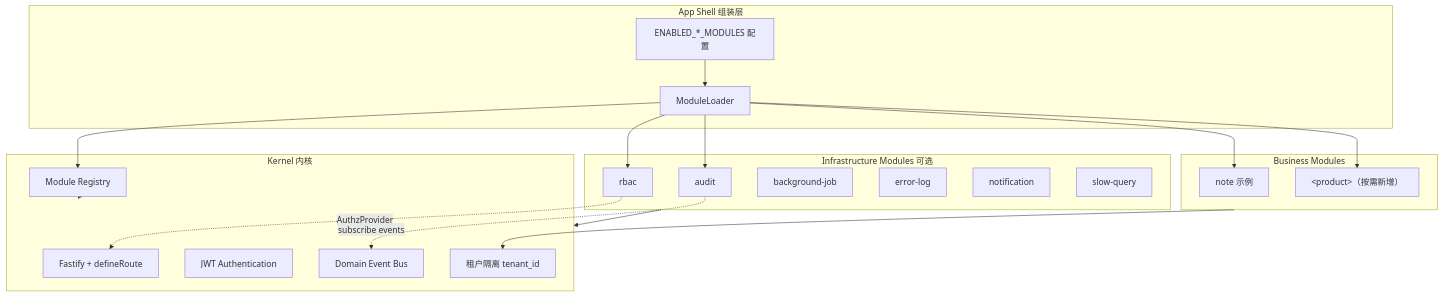
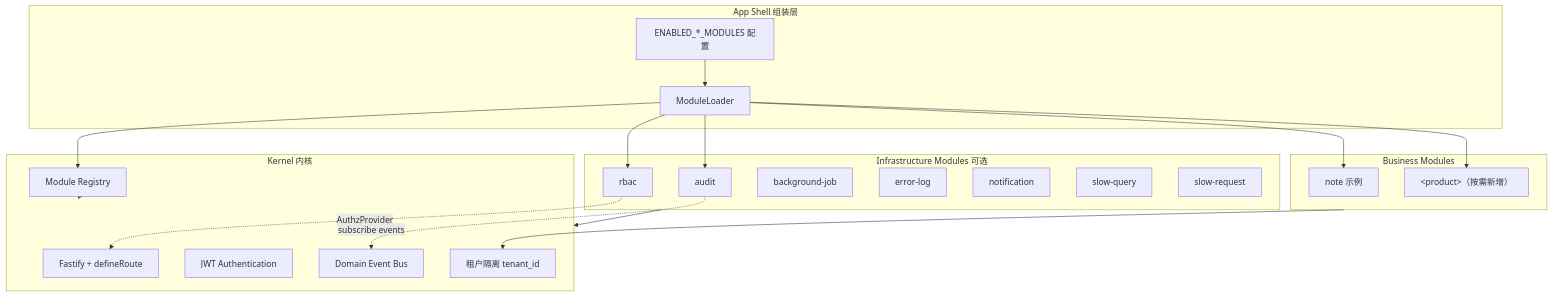
Before and after one commit to vvenv/rewindom: the first of 2 diagrams in docs/design/modular-architecture.md, drawn with Mermaid. The commit also changed other lines of this file and 52 other files, not shown here.

First line of the commit message:
feat(slow-request): add configuration and logging for slow request monitoring

````diff
--- a/docs/design/modular-architecture.md
+++ b/docs/design/modular-architecture.md
@@ -70,41 +70,42 @@
 ```mermaid
 flowchart TB
   subgraph app_shell [App Shell 组装层]
     EM[ENABLED_*_MODULES 配置]
     ML[ModuleLoader]
   end
 
   subgraph kernel [Kernel 内核]
     HTTP[Fastify + defineRoute]
     AuthN[JWT Authentication]
     TenantCtx[租户隔离 tenant_id]
     Registry[Module Registry]
     Events[Domain Event Bus]
   end
 
   subgraph infra_mod [Infrastructure Modules 可选]
     RBAC[rbac]
     Audit[audit]
     BgJob[background-job]
     ErrLog[error-log]
     Notify[notification]
     SlowQ[slow-query]
+    SlowR[slow-request]
   end
 
   subgraph biz_mod [Business Modules]
     Notes[note 示例]
     Product["&lt;product&gt;（按需新增）"]
   end
 
   EM --> ML
   ML --> Registry
   Registry --> kernel
   ML --> RBAC
   ML --> Audit
   ML --> Notes
   ML --> Product
   RBAC -.->|AuthzProvider| HTTP
   Audit -.->|subscribe events| Events
   biz_mod --> TenantCtx
   infra_mod --> kernel
 ```
````
